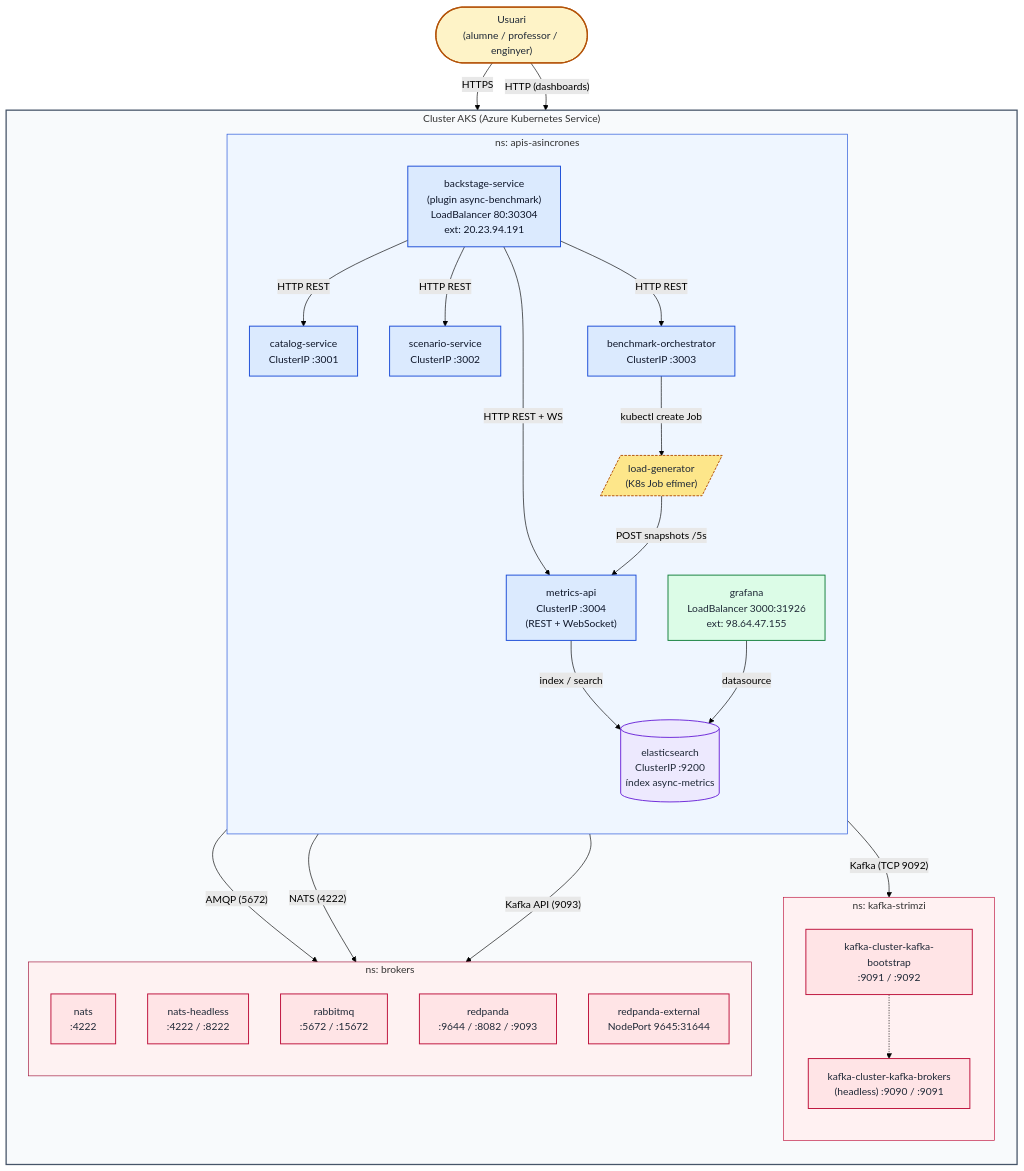
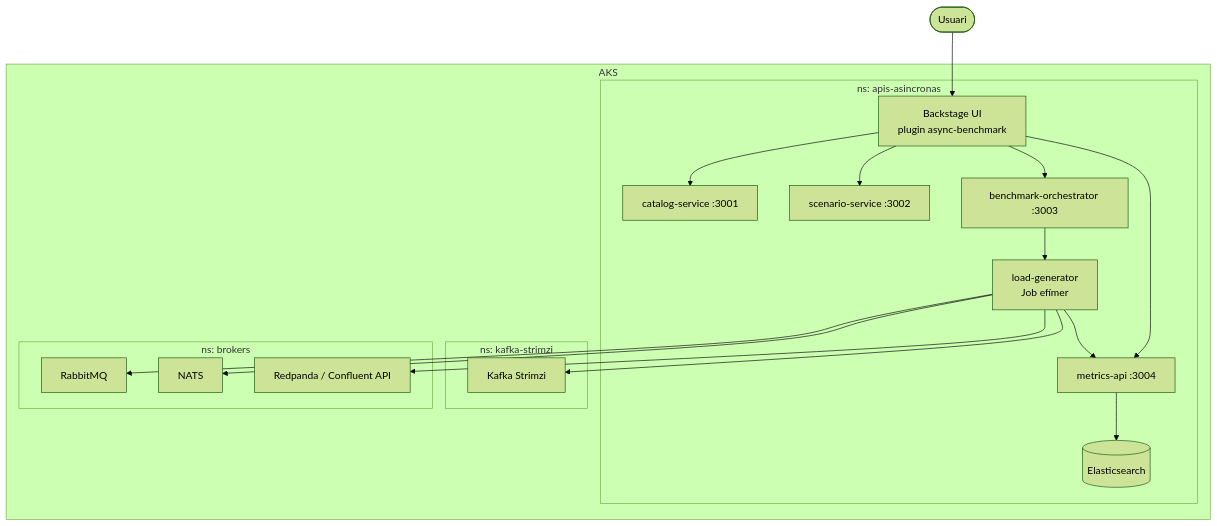
Before and after one commit to marcfontt/apis-asincrones: the diagram in README.md, drawn with Mermaid (forest theme). The commit also changed other lines of this file and 8 other files, not shown here.

````diff
--- a/README.md
+++ b/README.md
@@ -32,68 +66,38 @@
 ```mermaid
 flowchart TB
-    user(["Usuari<br/>(alumne / professor / enginyer)"]):::external
+    user(["Usuari"]) --> backstage["Backstage UI<br/>plugin async-benchmark"]
 
-    subgraph cluster["Cluster AKS (Azure Kubernetes Service)"]
-        direction TB
-
-        subgraph nsApp["ns: apis-asincrones"]
-            direction TB
-            backstage["backstage-service<br/>(plugin async-benchmark)<br/>LoadBalancer 80:30304<br/>ext: 20.23.94.191"]:::app
-            catalog["catalog-service<br/>ClusterIP :3001"]:::app
-            scenario["scenario-service<br/>ClusterIP :3002"]:::app
-            orchestrator["benchmark-orchestrator<br/>ClusterIP :3003"]:::app
-            metrics["metrics-api<br/>ClusterIP :3004<br/>(REST + WebSocket)"]:::app
-            es[("elasticsearch<br/>ClusterIP :9200<br/>índex async-metrics")]:::data
-            grafana["grafana<br/>LoadBalancer 3000:31926<br/>ext: 98.64.47.155"]:::obs
-            loadgen[/"load-generator<br/>(K8s Job efímer)"/]:::job
+    subgraph aks["AKS"]
+        subgraph app["ns: apis-asincronas"]
+            backstage
+            catalog["catalog-service :3001"]
+            scenario["scenario-service :3002"]
+            orchestrator["benchmark-orchestrator :3003"]
+            metrics["metrics-api :3004"]
+            es[("Elasticsearch")]
+            loadgen["load-generator<br/>Job efímer"]
         end
 
-        subgraph nsKafka["ns: kafka-strimzi"]
-            direction TB
-            kafkaBoot["kafka-cluster-kafka-bootstrap<br/>:9091 / :9092"]:::broker
-            kafkaBrokers["kafka-cluster-kafka-brokers<br/>(headless) :9090 / :9091"]:::broker
+        subgraph kafka["ns: kafka-strimzi"]
+            kafkaBroker["Kafka Strimzi"]
         end
 
-        subgraph nsBrokers["ns: brokers"]
-            direction TB
-            nats["nats<br/>:4222"]:::broker
-            natsHl["nats-headless<br/>:4222 / :8222"]:::broker
-            rabbit["rabbitmq<br/>:5672 / :15672"]:::broker
-            redpanda["redpanda<br/>:9644 / :8082 / :9093"]:::broker
-            redpandaExt["redpanda-external<br/>NodePort 9645:31644"]:::broker
+        subgraph brokers["ns: brokers"]
+            rabbit["RabbitMQ"]
+            nats["NATS"]
+            redpanda["Redpanda / Confluent API"]
         end
     end
 
-    user -- "HTTPS" --> backstage
-    user -- "HTTP (dashboards)" --> grafana
-
-    backstage -- "HTTP REST" --> catalog
-    backstage -- "HTTP REST" --> scenario
-    backstage -- "HTTP REST" --> orchestrator
-    backstage -- "HTTP REST + WS" --> metrics
-
-    orchestrator -- "kubectl create Job" --> loadgen
-
-    loadgen -- "Kafka (TCP 9092)" --> kafkaBoot
-    loadgen -- "AMQP (5672)" --> rabbit
-    loadgen -- "NATS (4222)" --> nats
-    loadgen -- "Kafka API (9093)" --> redpanda
-
-    loadgen -- "POST snapshots /5s" --> metrics
-    metrics -- "index / search" --> es
-    grafana -- "datasource" --> es
-
-    kafkaBoot -.-> kafkaBrokers
-
-    classDef external fill:#fef3c7,stroke:#b45309,stroke-width:2px,color:#1f2937;
-    classDef app fill:#dbeafe,stroke:#1d4ed8,stroke-width:1.5px,color:#0f172a;
-    classDef data fill:#ede9fe,stroke:#6d28d9,stroke-width:1.5px,color:#1f2937;
-    classDef obs fill:#dcfce7,stroke:#15803d,stroke-width:1.5px,color:#1f2937;
-    classDef broker fill:#ffe4e6,stroke:#be123c,stroke-width:1.5px,color:#1f2937;
-    classDef job fill:#fde68a,stroke:#b45309,stroke-width:1.5px,color:#1f2937,stroke-dasharray: 4 2;
-
-    style cluster fill:#f8fafc,stroke:#475569,stroke-width:2px
-    style nsApp fill:#eff6ff,stroke:#1d4ed8,stroke-width:1px
-    style nsKafka fill:#fff1f2,stroke:#be123c,stroke-width:1px
-    style nsBrokers fill:#fef2f2,stroke:#9f1239,stroke-width:1px
+    backstage --> catalog
+    backstage --> scenario
+    backstage --> orchestrator
+    backstage --> metrics
+    orchestrator --> loadgen
+    loadgen --> kafkaBroker
+    loadgen --> rabbit
+    loadgen --> nats
+    loadgen --> redpanda
+    loadgen --> metrics
+    metrics --> es
 ```
````
